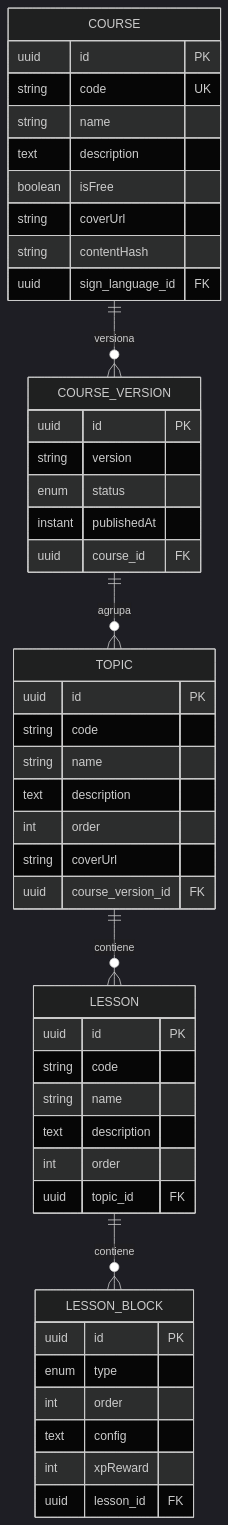
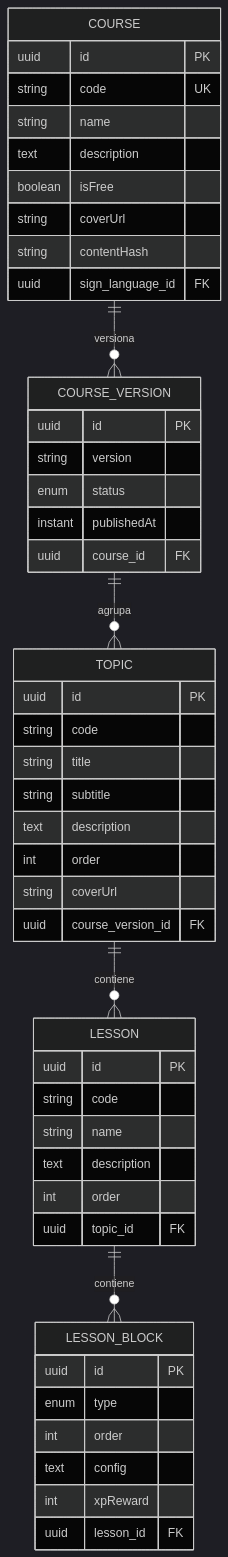
One commit to signasource/signa-api changed the third of 6 diagrams in docs/diagrams/er.md. Above: the diagram before and after it, drawn with Mermaid (dark theme). The commit also changed 34 other files, not shown here.

````diff
--- a/docs/diagrams/er.md
+++ b/docs/diagrams/er.md
@@ -100,50 +100,51 @@
 ```mermaid
 erDiagram
     COURSE ||--o{ COURSE_VERSION : versiona
     COURSE_VERSION ||--o{ TOPIC : agrupa
     TOPIC ||--o{ LESSON : contiene
     LESSON ||--o{ LESSON_BLOCK : contiene
 
     COURSE {
         uuid id PK
         string code UK
         string name
         text description
         boolean isFree
         string coverUrl
         string contentHash
         uuid sign_language_id FK
     }
     COURSE_VERSION {
         uuid id PK
         string version
         enum status
         instant publishedAt
         uuid course_id FK
     }
     TOPIC {
         uuid id PK
         string code
-        string name
+        string title
+        string subtitle
         text description
         int order
         string coverUrl
         uuid course_version_id FK
     }
     LESSON {
         uuid id PK
         string code
         string name
         text description
         int order
         uuid topic_id FK
     }
     LESSON_BLOCK {
         uuid id PK
         enum type
         int order
         text config
         int xpReward
         uuid lesson_id FK
     }
 ```
````
